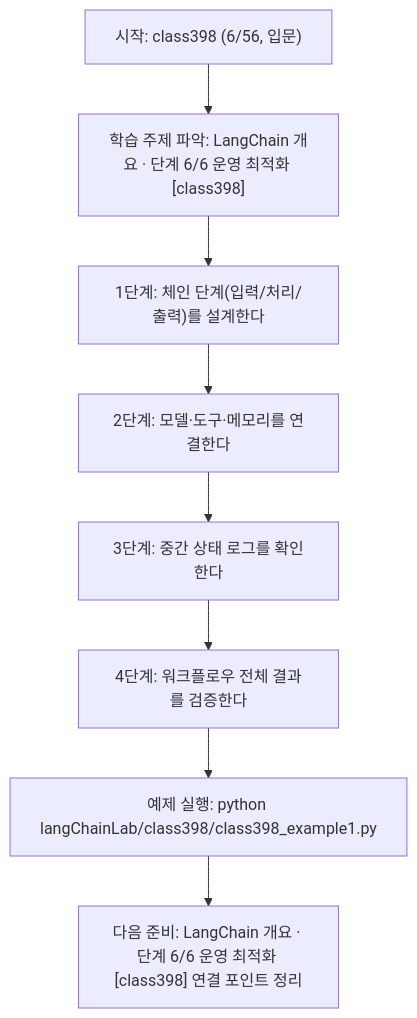
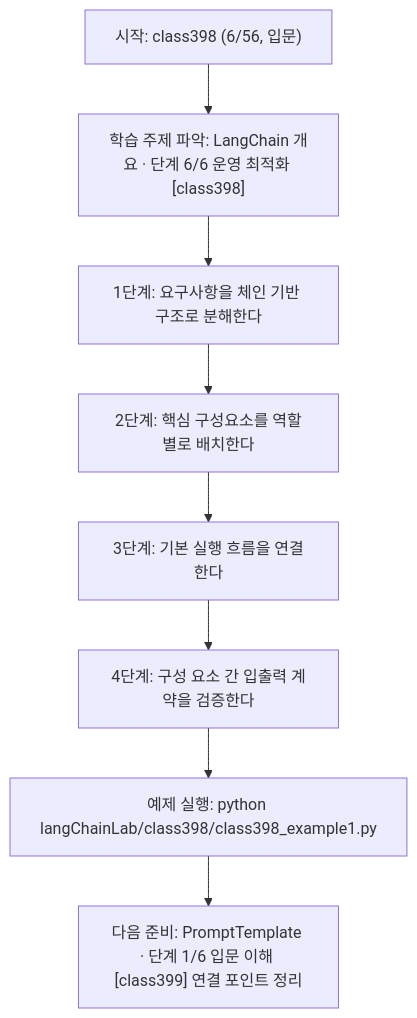
One commit to edumgt/Python-AI_Agent-Class changed the diagram in langChainLab/class398/class398.md. Above: the diagram before and after it, drawn with Mermaid. The commit also changed other lines of this file and 395 other files, not shown here.

````diff
--- a/langChainLab/class398/class398.md
+++ b/langChainLab/class398/class398.md
@@ -109,18 +91,18 @@
 ```mermaid
 flowchart TD
 N1["시작: class398 (6/56, 입문)"]
 N2["학습 주제 파악: LangChain 개요 · 단계 6/6 운영 최적화 [class398]"]
-N3["1단계: 체인 단계(입력/처리/출력)를 설계한다"]
-N4["2단계: 모델·도구·메모리를 연결한다"]
-N5["3단계: 중간 상태 로그를 확인한다"]
-N6["4단계: 워크플로우 전체 결과를 검증한다"]
+N3["1단계: 요구사항을 체인 기반 구조로 분해한다"]
+N4["2단계: 핵심 구성요소를 역할별로 배치한다"]
+N5["3단계: 기본 실행 흐름을 연결한다"]
+N6["4단계: 구성 요소 간 입출력 계약을 검증한다"]
 N7["예제 실행: python langChainLab/class398/class398_example1.py"]
-N8["다음 준비: LangChain 개요 · 단계 6/6 운영 최적화 [class398] 연결 포인트 정리"]
+N8["다음 준비: PromptTemplate · 단계 1/6 입문 이해 [class399] 연결 포인트 정리"]
 N1 --> N2
 N2 --> N3
 N3 --> N4
 N4 --> N5
 N5 --> N6
 N6 --> N7
 N7 --> N8
 ```
````
